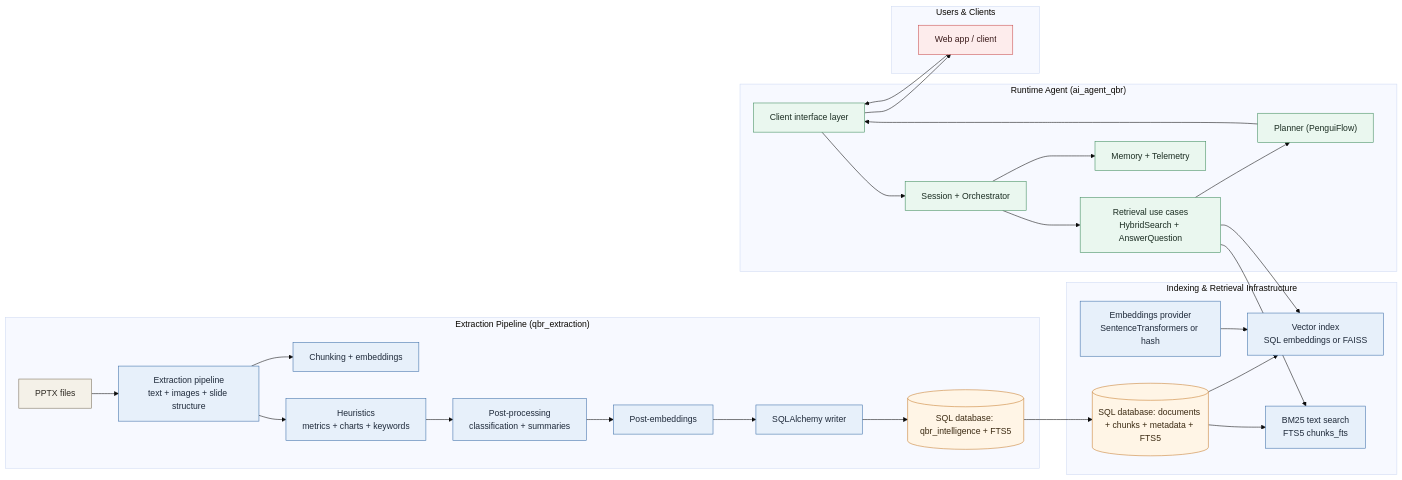
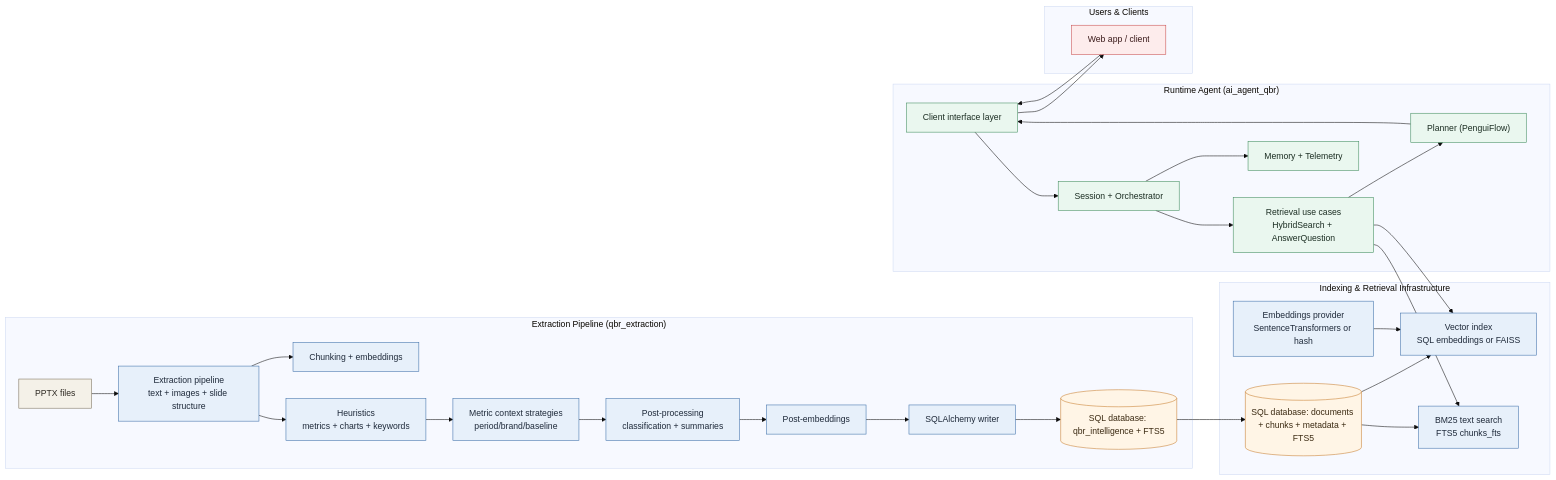
One commit to bjaimelgads/ai-agent-qbr changed the first of 3 diagrams in docs/architecture_workflows.md. Above: the diagram before and after it, drawn with Mermaid (base theme). The commit also changed other lines of this file and 1 other file, not shown here.

Commit message:
Updated architecture

````diff
--- a/docs/architecture_workflows.md
+++ b/docs/architecture_workflows.md
@@ -11,50 +11,51 @@
 ```mermaid
 flowchart LR
   %% Styles
   classDef source fill:#F4F1E8,stroke:#7A6E5A,color:#2E2A23
   classDef process fill:#E7F0FA,stroke:#3B6EA8,color:#1F2A3A
   classDef store fill:#FFF5E6,stroke:#C77D2D,color:#3B2A12
   classDef runtime fill:#EAF7EF,stroke:#3D8B5C,color:#1C2E23
   classDef edge fill:#FDECEC,stroke:#C94A4A,color:#3A1A1A
 
   subgraph A["Extraction Pipeline (qbr_extraction)"]
     A1["PPTX files"]:::source --> A2["Extraction pipeline<br/>text + images + slide structure"]:::process
     A2 --> A3["Chunking + embeddings"]:::process
     A2 --> A4["Heuristics<br/>metrics + charts + keywords"]:::process
-    A4 --> A5["Post-processing<br/>classification + summaries"]:::process
-    A5 --> A6["Post-embeddings"]:::process
-    A6 --> A7["SQLAlchemy writer"]:::process
-    A7 --> A8[(SQL database: qbr_intelligence + FTS5)]:::store
+    A4 --> A5["Metric context strategies<br/>period/brand/baseline"]:::process
+    A5 --> A6["Post-processing<br/>classification + summaries"]:::process
+    A6 --> A7["Post-embeddings"]:::process
+    A7 --> A8["SQLAlchemy writer"]:::process
+    A8 --> A9[(SQL database: qbr_intelligence + FTS5)]:::store
   end
 
   subgraph B["Indexing & Retrieval Infrastructure"]
     B1[("SQL database: documents + chunks + metadata + FTS5")]:::store
     B2["Vector index<br/>SQL embeddings or FAISS"]:::process
     B3["Embeddings provider<br/>SentenceTransformers or hash"]:::process
     B4["BM25 text search<br/>FTS5 chunks_fts"]:::process
   end
 
   subgraph C["Runtime Agent (ai_agent_qbr)"]
     C1["Client interface layer"]:::runtime
     C2["Session + Orchestrator"]:::runtime
     C3["Planner (PenguiFlow)"]:::runtime
     C4["Retrieval use cases<br/>HybridSearch + AnswerQuestion"]:::runtime
     C5["Memory + Telemetry"]:::runtime
   end
 
   subgraph D["Users & Clients"]
   D1["Web app / client"]:::edge
   end
 
-  A8 --> B1
+  A9 --> B1
   B1 --> B2
   B3 --> B2
   B1 --> B4
 
   D1 --> C1
   C1 --> C2 --> C4 --> B2
   C4 --> B4
   C4 --> C3
   C3 --> C1 --> D1
   C2 --> C5
 ```
````
